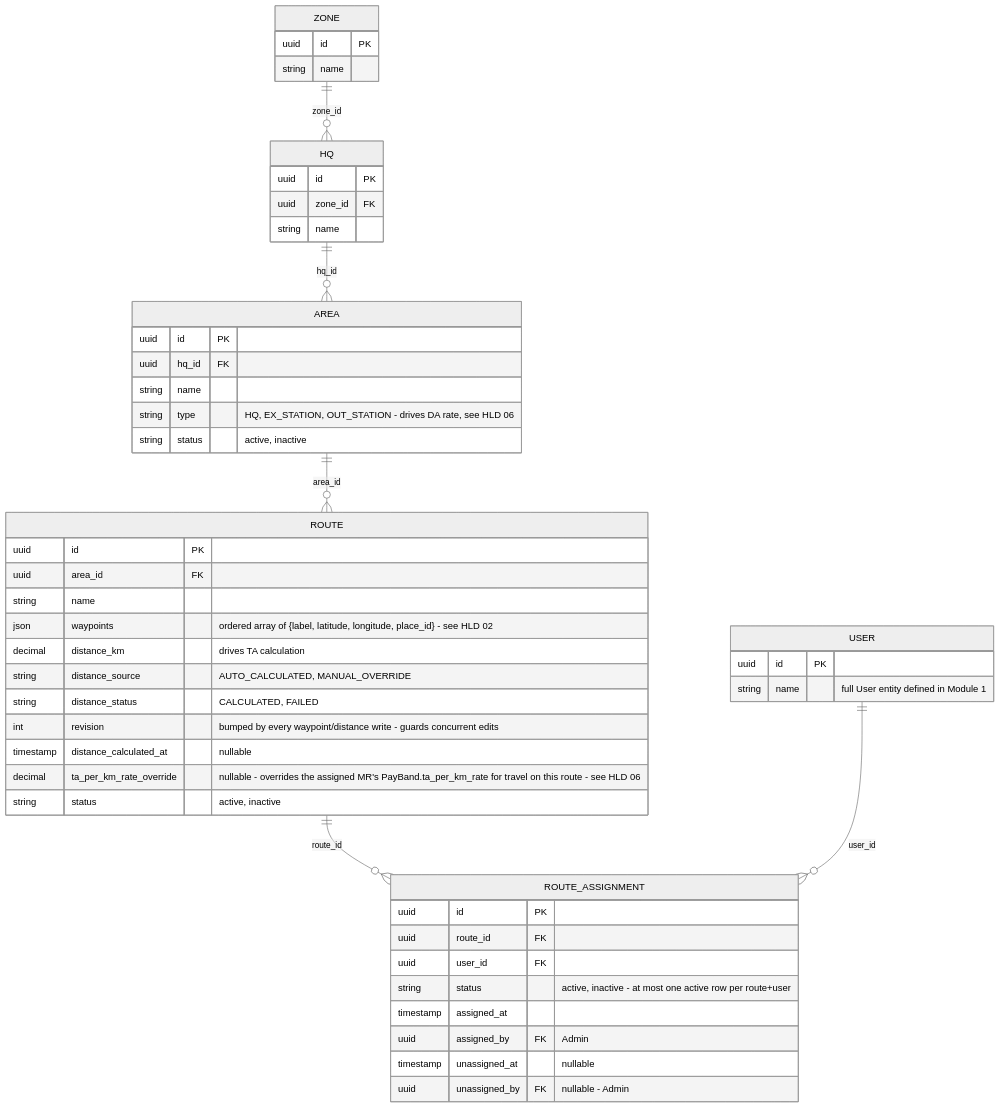
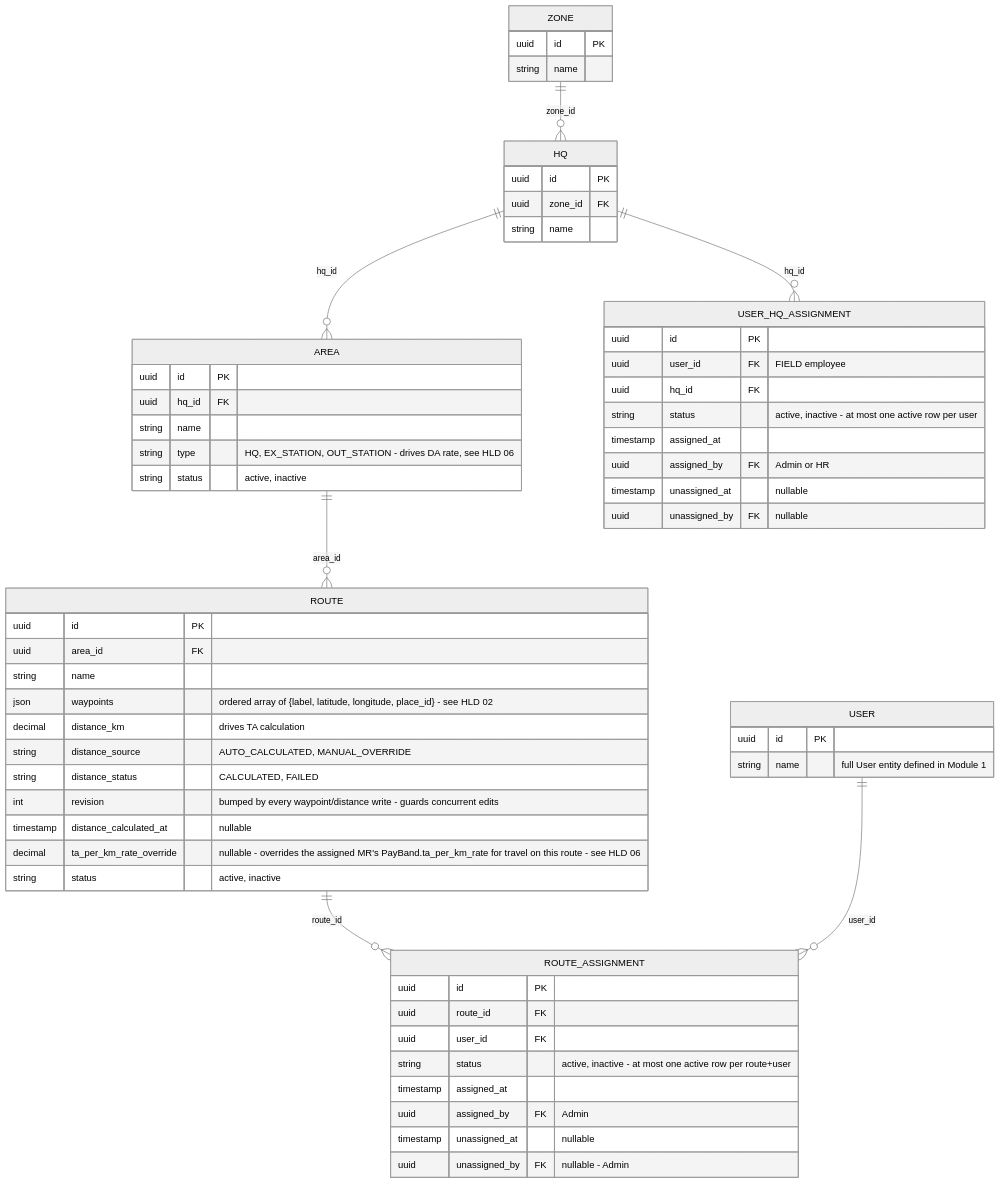
Before and after one commit to reboot-ai-private-limited/greynote: the diagram in docs/erd/02-territory-master.md, drawn with Mermaid (neutral theme). The commit also changed other lines of this file and 5 other files, not shown here.

````diff
--- a/docs/erd/02-territory-master.md
+++ b/docs/erd/02-territory-master.md
@@ -8,52 +8,63 @@
 ```mermaid
 erDiagram
     USER {
         uuid id PK
         string name "full User entity defined in Module 1"
     }
     ZONE {
         uuid id PK
         string name
     }
     HQ {
         uuid id PK
         uuid zone_id FK
         string name
     }
     AREA {
         uuid id PK
         uuid hq_id FK
         string name
         string type "HQ, EX_STATION, OUT_STATION - drives DA rate, see HLD 06"
         string status "active, inactive"
     }
     ROUTE {
         uuid id PK
         uuid area_id FK
         string name
         json waypoints "ordered array of {label, latitude, longitude, place_id} - see HLD 02"
         decimal distance_km "drives TA calculation"
         string distance_source "AUTO_CALCULATED, MANUAL_OVERRIDE"
         string distance_status "CALCULATED, FAILED"
         int revision "bumped by every waypoint/distance write - guards concurrent edits"
         timestamp distance_calculated_at "nullable"
         decimal ta_per_km_rate_override "nullable - overrides the assigned MR's PayBand.ta_per_km_rate for travel on this route - see HLD 06"
         string status "active, inactive"
     }
     ROUTE_ASSIGNMENT {
         uuid id PK
         uuid route_id FK
         uuid user_id FK
         string status "active, inactive - at most one active row per route+user"
         timestamp assigned_at
         uuid assigned_by FK "Admin"
         timestamp unassigned_at "nullable"
         uuid unassigned_by FK "nullable - Admin"
     }
+    USER_HQ_ASSIGNMENT {
+        uuid id PK
+        uuid user_id FK "FIELD employee"
+        uuid hq_id FK
+        string status "active, inactive - at most one active row per user"
+        timestamp assigned_at
+        uuid assigned_by FK "Admin or HR"
+        timestamp unassigned_at "nullable"
+        uuid unassigned_by FK "nullable"
+    }
 
     ZONE ||--o{ HQ : "zone_id"
     HQ ||--o{ AREA : "hq_id"
+    HQ ||--o{ USER_HQ_ASSIGNMENT : "hq_id"
     AREA ||--o{ ROUTE : "area_id"
     ROUTE ||--o{ ROUTE_ASSIGNMENT : "route_id"
     USER ||--o{ ROUTE_ASSIGNMENT : "user_id"
 ```
````
